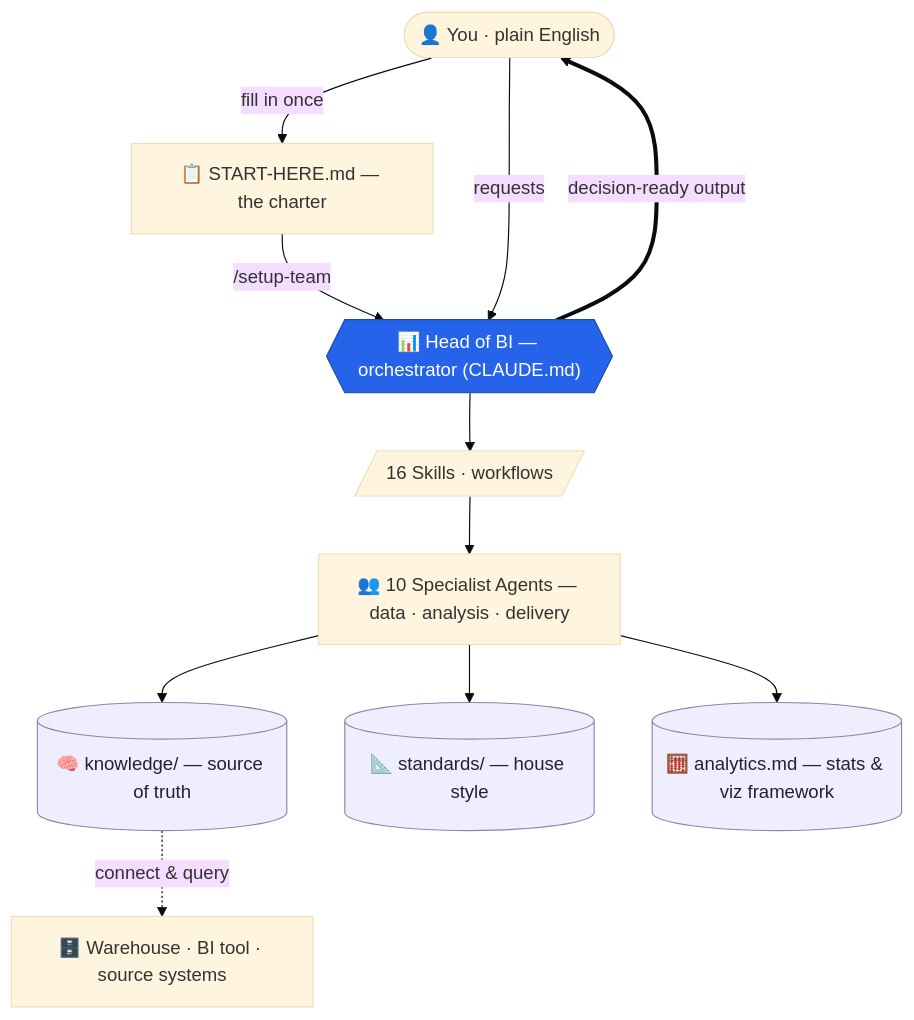
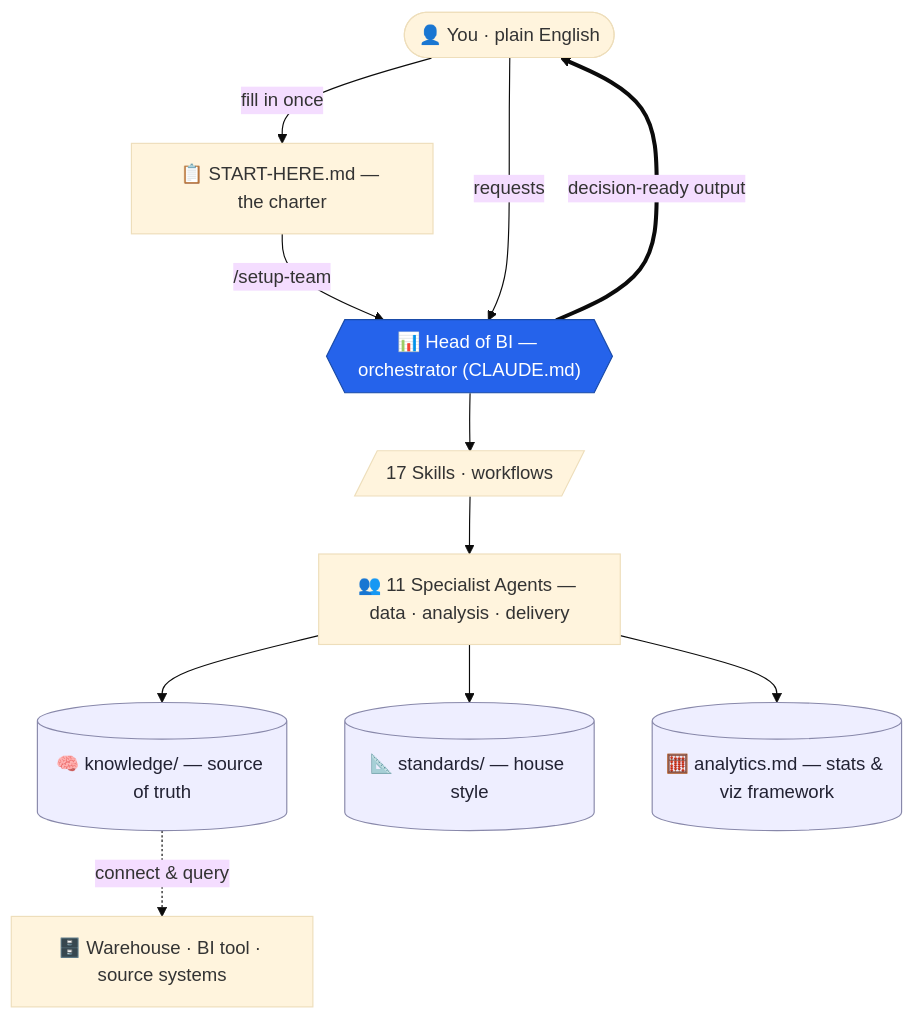
One commit to link7373/agentic-bi-team changed the first of 2 diagrams in README.md. Above: the diagram before and after it, drawn with Mermaid (base theme). The commit also changed other lines of this file and 28 other files, not shown here.

````diff
--- a/README.md
+++ b/README.md
@@ -45,17 +45,17 @@
 ```mermaid
 flowchart TD
 A(["👤 You · plain English"]) -->|"fill in once"| B["📋 START-HERE.md — the charter"]
 B -->|"/setup-team"| M
 A -->|"requests"| M{{"📊 Head of BI — orchestrator (CLAUDE.md)"}}
-M --> SK[/"16 Skills · workflows"/]
-SK --> AG["👥 10 Specialist Agents — data · analysis · delivery"]
+M --> SK[/"17 Skills · workflows"/]
+SK --> AG["👥 11 Specialist Agents — data · analysis · delivery"]
 AG --> KN[("🧠 knowledge/ — source of truth")]
 AG --> ST[("📐 standards/ — house style")]
 AG --> AR[("🧮 analytics.md — stats & viz framework")]
 KN -. "connect & query" .-> DATA["🗄️ Warehouse · BI tool · source systems"]
 M ==>|"decision-ready output"| A
 classDef hub fill:#2563EB,stroke:#1a4ba8,color:#fff;
 classDef store fill:#eef,stroke:#88a,color:#223;
 class M hub;
 class KN,ST,AR store;
 ```
````
